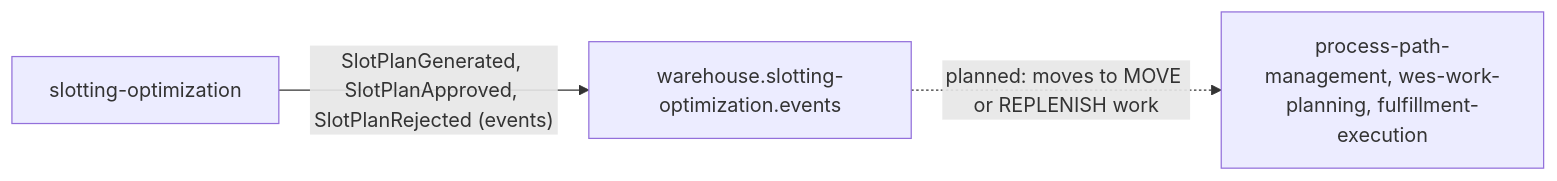
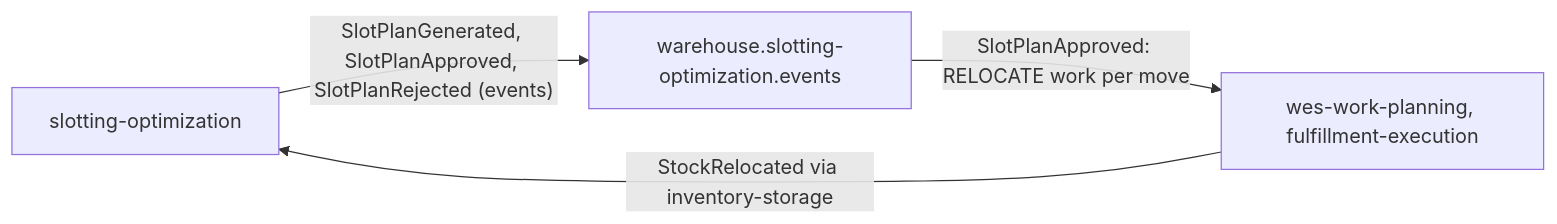
The fourth of 4 diagrams in docs/docs/ddd/bounded-context-canvas.md (IQVO/slotting-optimization), drawn with Mermaid before and after one commit. The commit also changed other lines of this file and 30 other files, not shown here.

````diff
--- a/docs/docs/ddd/bounded-context-canvas.md
+++ b/docs/docs/ddd/bounded-context-canvas.md
@@ -146,5 +146,6 @@
 ```mermaid
 flowchart LR
     so["slotting-optimization"] -->|"SlotPlanGenerated, SlotPlanApproved, SlotPlanRejected (events)"| topic["warehouse.slotting-optimization.events"]
-    topic -.->|"planned: moves to MOVE or REPLENISH work"| exec["process-path-management, wes-work-planning, fulfillment-execution"]
+    topic -->|"SlotPlanApproved: RELOCATE work per move"| exec["wes-work-planning, fulfillment-execution"]
+    exec -->|"StockRelocated via inventory-storage"| so
 ```
````
